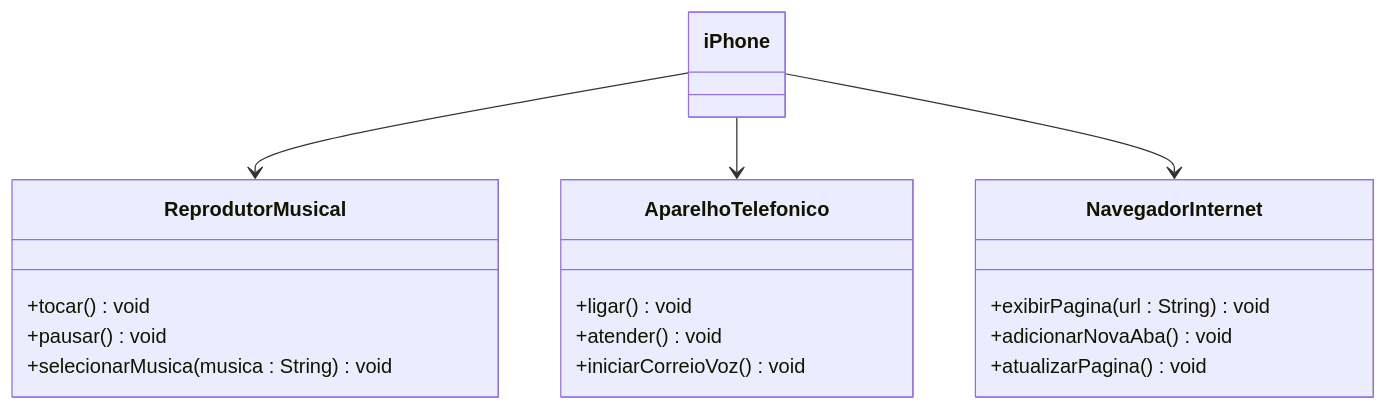
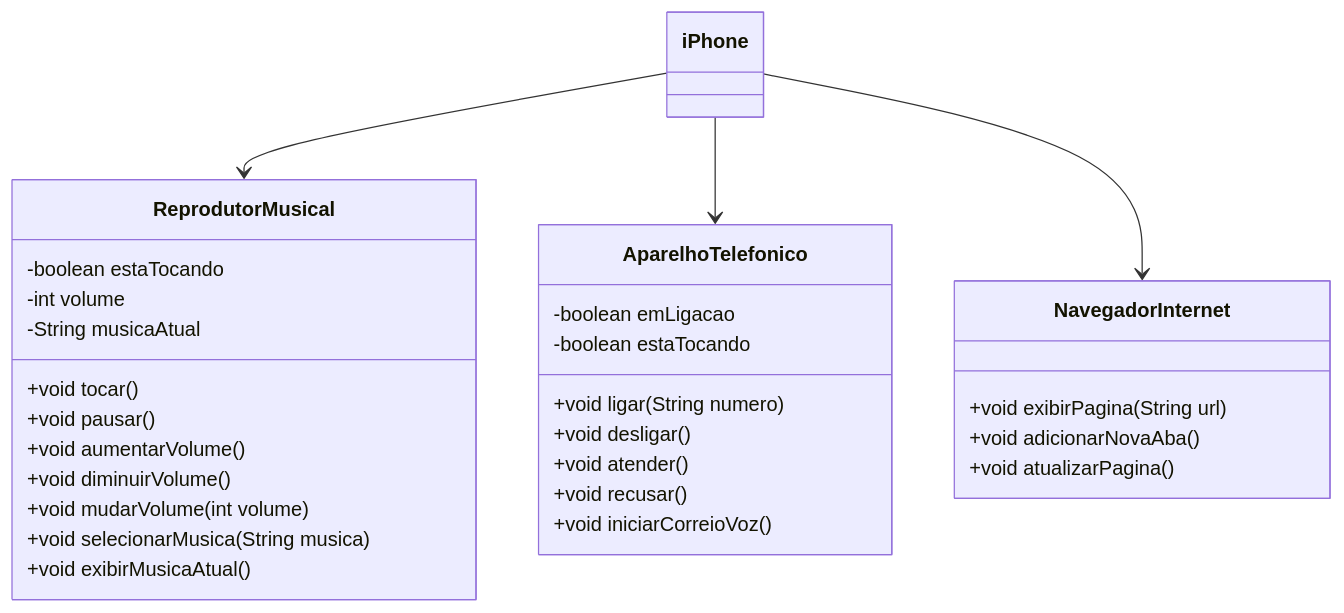
The diagram in README.md (GracilianoOG/dio-iphone-uml), drawn with Mermaid before and after one commit.

Commit message:
Update diagram
- Add more classes and attributes
- Change display of types

````diff
--- a/README.md
+++ b/README.md
@@ -16,28 +16,39 @@
 ```mermaid
 classDiagram
     class iPhone {
 
     }
 
     class ReprodutorMusical {
-        +tocar() void
-        +pausar() void
-        +selecionarMusica(musica : String) void
+        -boolean estaTocando
+        -int volume
+        -String musicaAtual
+        +void tocar()
+        +void pausar()
+        +void aumentarVolume()
+        +void diminuirVolume()
+        +void mudarVolume(int volume)
+        +void selecionarMusica(String musica)
+        +void exibirMusicaAtual()
     }
 
     class AparelhoTelefonico {
-        +ligar() void
-        +atender() void
-        +iniciarCorreioVoz() void
+        -boolean emLigacao
+        -boolean estaTocando
+        +void ligar(String numero)
+        +void desligar()
+        +void atender()
+        +void recusar()
+        +void iniciarCorreioVoz()
     }
 
     class NavegadorInternet {
-        +exibirPagina(url : String) void
-        +adicionarNovaAba() void
-        +atualizarPagina() void
+        +void exibirPagina(String url)
+        +void adicionarNovaAba()
+        +void atualizarPagina()
     }
 
     iPhone --> ReprodutorMusical
     iPhone --> AparelhoTelefonico
     iPhone --> NavegadorInternet
 ```
````
